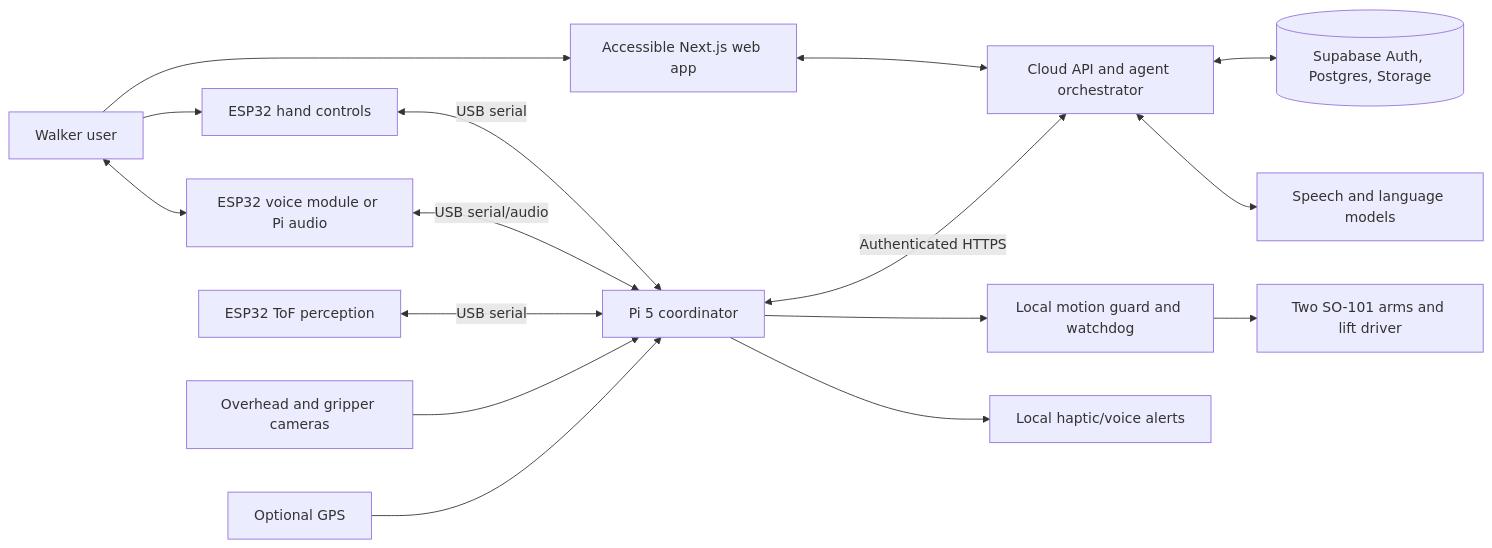
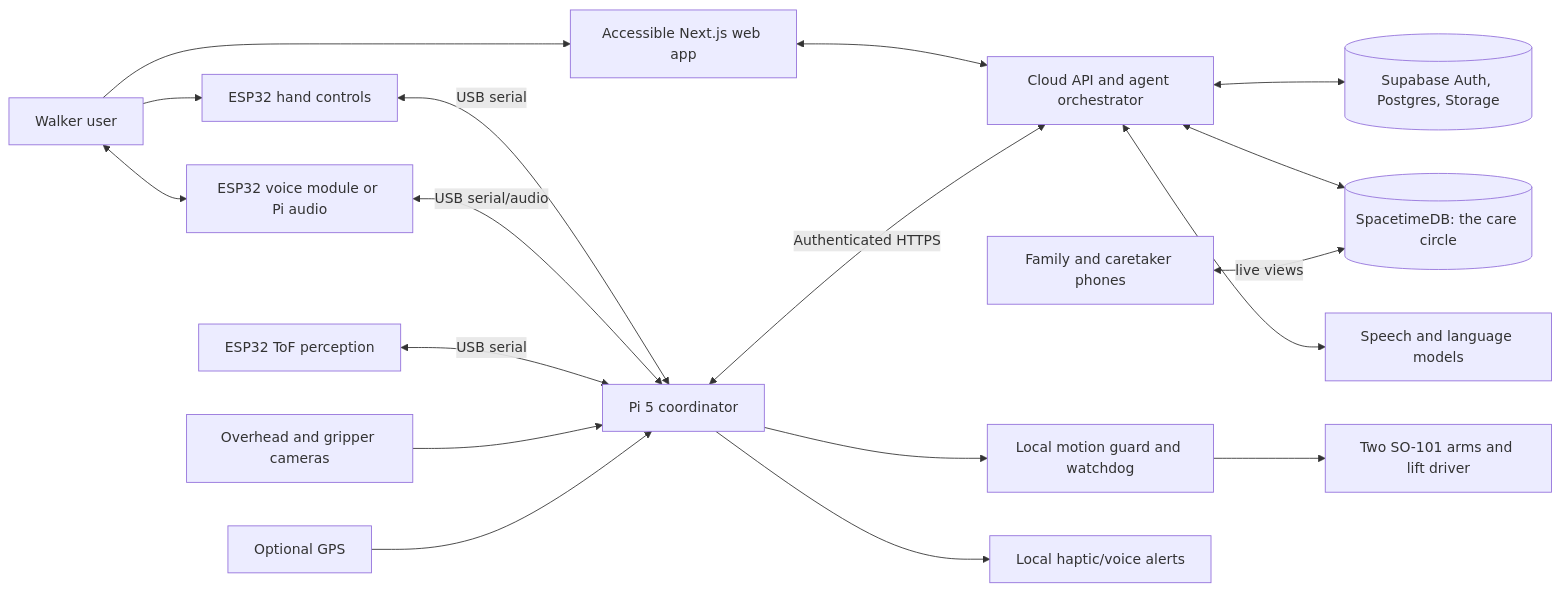
One commit to mzhao1599/sophi changed the diagram in docs/architecture.md. Above: the diagram before and after it, drawn with Mermaid. The commit also changed other lines of this file and 11 other files, not shown here.

First line of the commit message:
Document the care circle on SpacetimeDB, and never let its settings stop the server

````diff
--- a/docs/architecture.md
+++ b/docs/architecture.md
@@ -7,18 +7,20 @@
 ```mermaid
 flowchart LR
   User[Walker user] --> Web[Accessible Next.js web app]
   User --> Hand[ESP32 hand controls]
   User <--> Voice[ESP32 voice module or Pi audio]
   Web <--> API[Cloud API and agent orchestrator]
   API <--> DB[(Supabase Auth, Postgres, Storage)]
+  API <--> Care[(SpacetimeDB: the care circle)]
+  Phones[Family and caretaker phones] <-- live views --> Care
   API <--> Models[Speech and language models]
   Hand <-- USB serial --> Pi[Pi 5 coordinator]
   Voice <-- USB serial/audio --> Pi
   ToF[ESP32 ToF perception] <-- USB serial --> Pi
   Cameras[Overhead and gripper cameras] --> Pi
   Pi --> Guard[Local motion guard and watchdog]
   Guard --> Arms[Two SO-101 arms and lift driver]
   Pi <-- Authenticated HTTPS --> API
   Pi --> Haptics[Local haptic/voice alerts]
   GPS[Optional GPS] --> Pi
 ```
````
